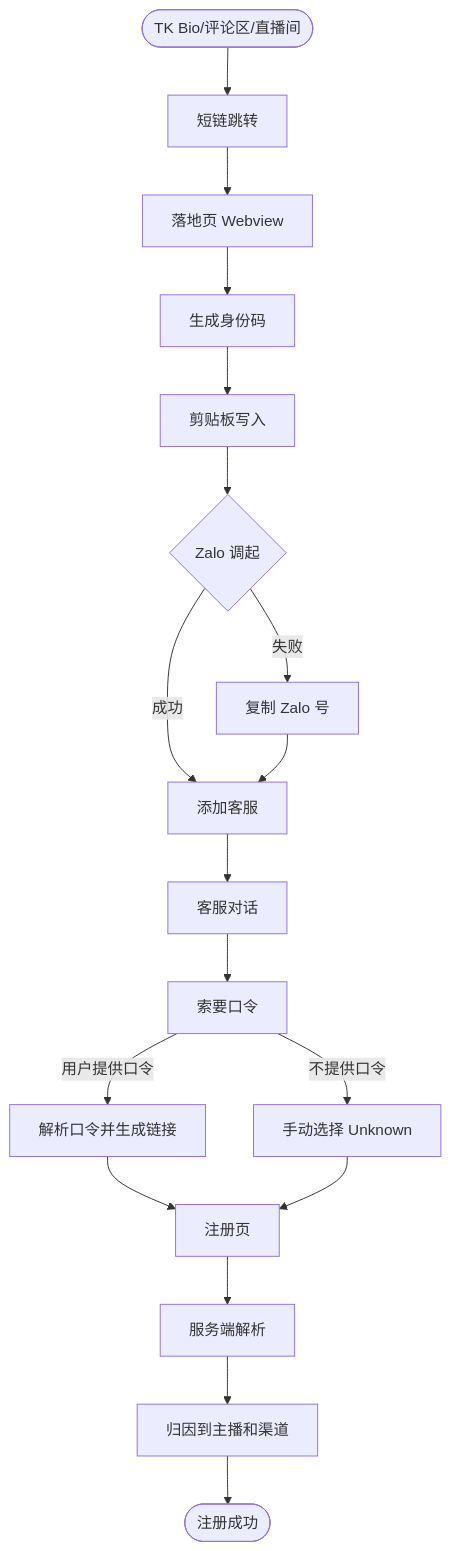
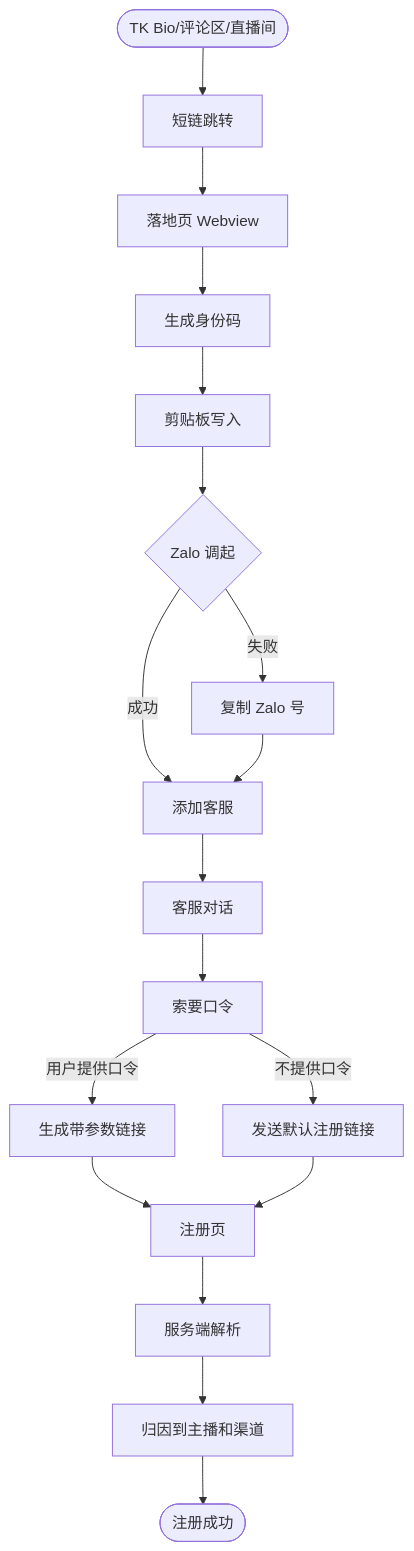
Before and after one commit to covetworld-png/dinoisland: the first of 4 diagrams in projects/001-growNewUsers/001-03-landing-page/docs/TK引流到注册完整链路PRD.md, drawn with Mermaid. The commit also changed other lines of this file and 2 other files, not shown here.

````diff
--- a/projects/001-growNewUsers/001-03-landing-page/docs/TK引流到注册完整链路PRD.md
+++ b/projects/001-growNewUsers/001-03-landing-page/docs/TK引流到注册完整链路PRD.md
@@ -11,26 +11,26 @@
 ```mermaid
 flowchart TD
     Start([TK Bio/评论区/直播间]) --> ShortLink[短链跳转]
     ShortLink --> Landing[落地页 Webview]
     
     Landing --> Identity[生成身份码]
     Identity --> Clipboard[剪贴板写入]
     Clipboard --> Zalo{Zalo 调起}
     
     Zalo -->|成功| AddCS[添加客服]
     Zalo -->|失败| CopyZalo[复制 Zalo 号]
     CopyZalo --> AddCS
     
     AddCS --> CS[客服对话]
     CS --> Ask[索要口令]
     
-    Ask -->|用户提供口令| Parse[解析口令并生成链接]
-    Ask -->|不提供口令| Unknown[手动选择 Unknown]
+    Ask -->|用户提供口令| Parse[生成带参数链接]
+    Ask -->|不提供口令| Default[发送默认注册链接]
     
     Parse --> Register[注册页]
-    Unknown --> Register
+    Default --> Register
     
     Register --> Server[服务端解析]
     Server --> Attribution[归因到主播和渠道]
     Attribution --> Success([注册成功])
 ```
````
